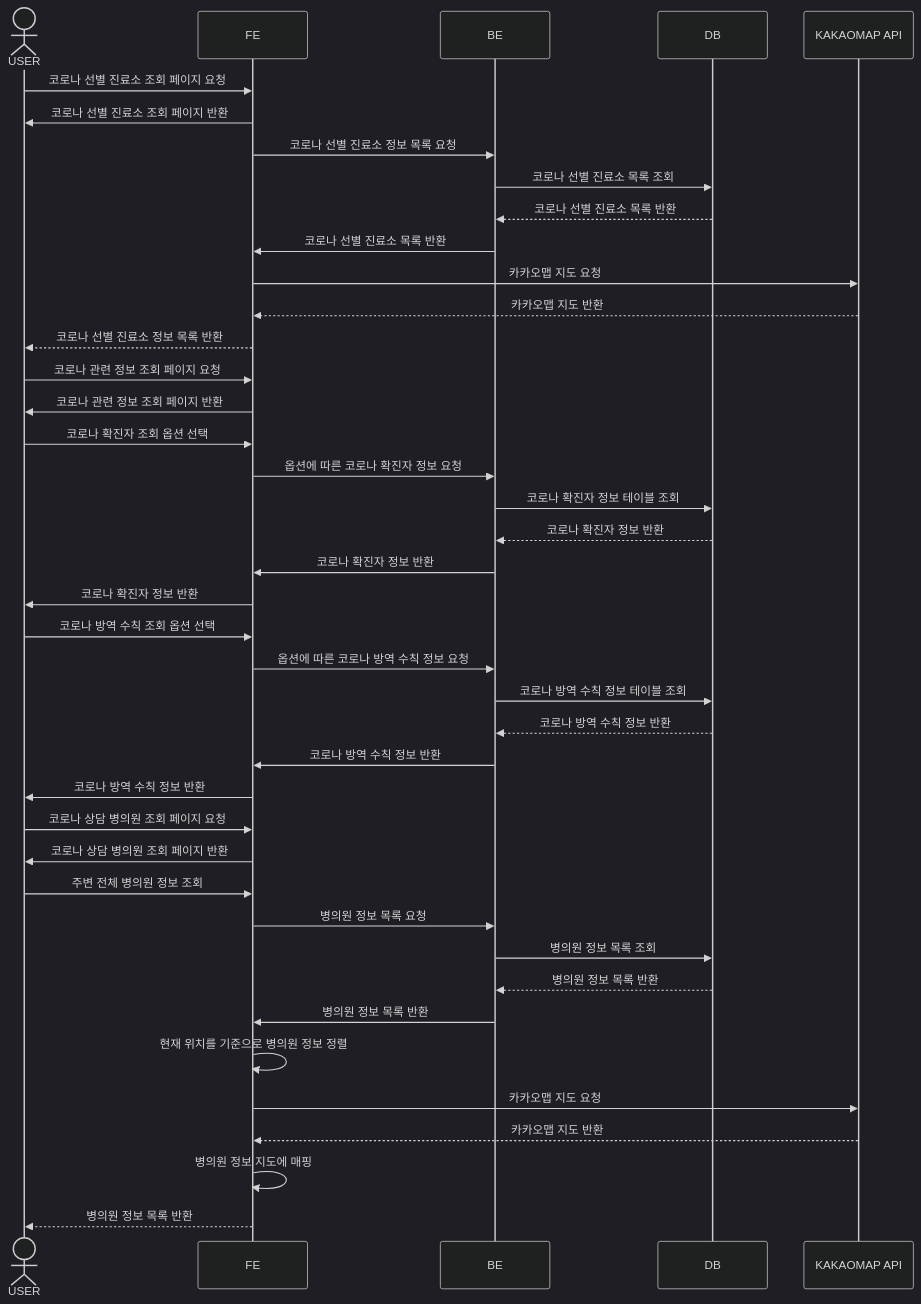
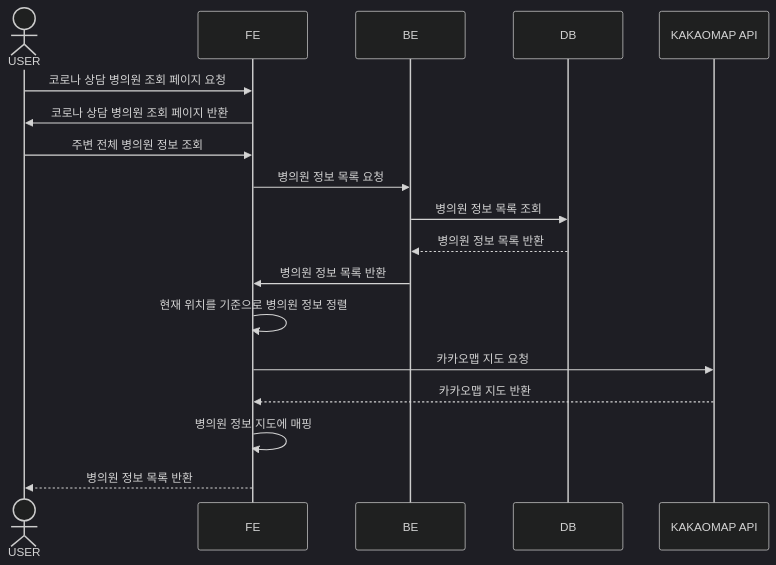
One commit to team-helloz/Lemonaid changed the eighth of 12 diagrams in 산출물/Sequence Diagram_md_ver.md. Above: the diagram before and after it, drawn with Mermaid (dark theme). The commit also changed other lines of this file and 11 other files, not shown here.

Commit message:
docs : 시퀀스 다이어그램 수정

````diff
--- a/산출물/Sequence Diagram_md_ver.md
+++ b/산출물/Sequence Diagram_md_ver.md
@@ -61,47 +156,21 @@
 ```mermaid
 sequenceDiagram
-	actor U as USER
-	participant F as FE
-	participant B as BE
-	participant D as DB
-	participant K as KAKAOMAP API
+		actor U as USER
+		participant F as FE
+		participant B as BE
+		participant D as DB
+		participant K as KAKAOMAP API
 
-	U->>F: 코로나 선별 진료소 조회 페이지 요청
-	F->>U: 코로나 선별 진료소 조회 페이지 반환
-	F->>B: 코로나 선별 진료소 정보 목록 요청
-	B->>D: 코로나 선별 진료소 목록 조회
-	D-->>B: 코로나 선별 진료소 목록 반환
-	B->>F: 코로나 선별 진료소 목록 반환
-	F->>K: 카카오맵 지도 요청
-	K-->>F: 카카오맵 지도 반환
-	F-->>U: 코로나 선별 진료소 정보 목록 반환
-
-	U->>F: 코로나 관련 정보 조회 페이지 요청
-	F->>U: 코로나 관련 정보 조회 페이지 반환
-	U->>F: 코로나 확진자 조회 옵션 선택
-	F->>B: 옵션에 따른 코로나 확진자 정보 요청
-	B->>D: 코로나 확진자 정보 테이블 조회
-	D-->>B: 코로나 확진자 정보 반환
-	B->>F: 코로나 확진자 정보 반환
-	F->>U: 코로나 확진자 정보 반환
-
-	U->>F: 코로나 방역 수칙 조회 옵션 선택
-	F->>B: 옵션에 따른 코로나 방역 수칙 정보 요청
-	B->>D: 코로나 방역 수칙 정보 테이블 조회
-	D-->>B: 코로나 방역 수칙 정보 반환
-	B->>F: 코로나 방역 수칙 정보 반환
-	F->>U: 코로나 방역 수칙 정보 반환
-
-	U->>F: 코로나 상담 병의원 조회 페이지 요청
-	F->>U: 코로나 상담 병의원 조회 페이지 반환
-	U->>F: 주변 전체 병의원 정보 조회
-	F->>B: 병의원 정보 목록 요청
-	B->>D: 병의원 정보 목록 조회
-	D-->>B: 병의원 정보 목록 반환
-	B->>F: 병의원 정보 목록 반환
-	F->>F: 현재 위치를 기준으로 병의원 정보 정렬
-	F->>K: 카카오맵 지도 요청
-	K-->>F: 카카오맵 지도 반환
-	F->>F: 병의원 정보 지도에 매핑
-	F-->>U: 병의원 정보 목록 반환
+		U->>F: 코로나 상담 병의원 조회 페이지 요청
+		F->>U: 코로나 상담 병의원 조회 페이지 반환
+		U->>F: 주변 전체 병의원 정보 조회
+		F->>B: 병의원 정보 목록 요청
+		B->>D: 병의원 정보 목록 조회
+		D-->>B: 병의원 정보 목록 반환
+		B->>F: 병의원 정보 목록 반환
+		F->>F: 현재 위치를 기준으로 병의원 정보 정렬
+		F->>K: 카카오맵 지도 요청
+		K-->>F: 카카오맵 지도 반환
+		F->>F: 병의원 정보 지도에 매핑
+		F-->>U: 병의원 정보 목록 반환
 ```
````
